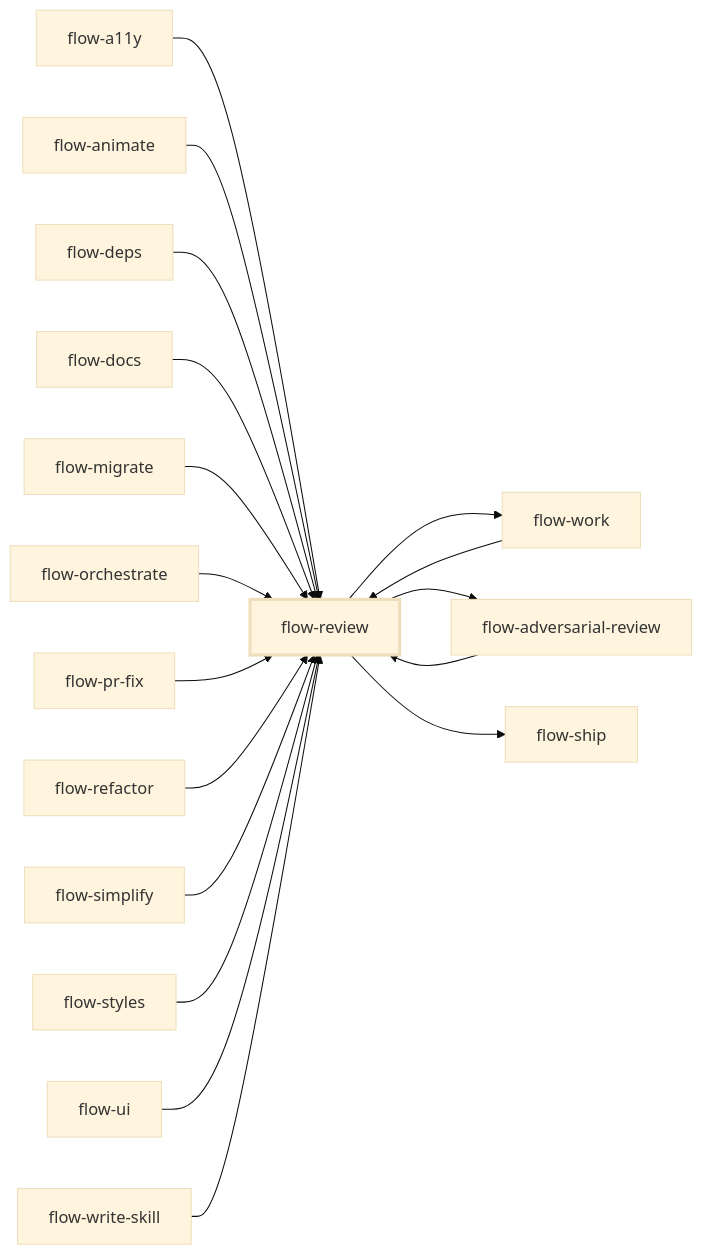
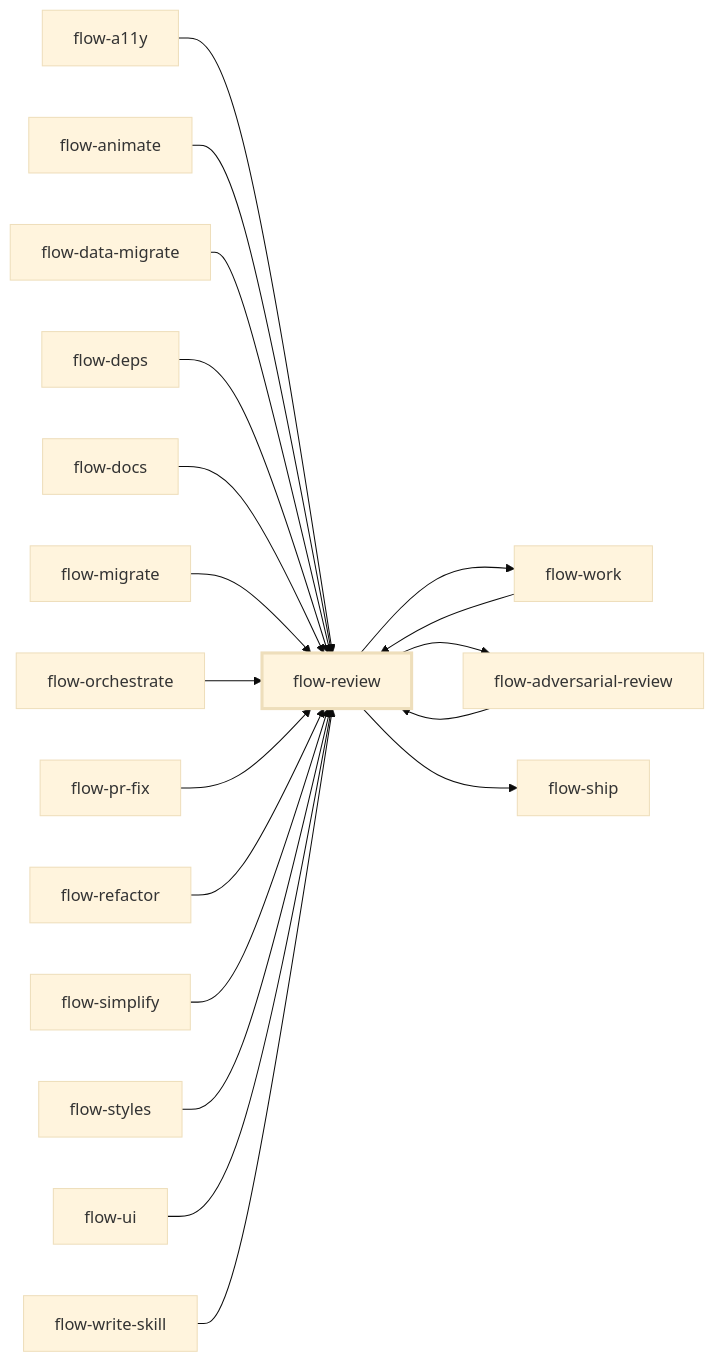
One commit to emiliodominguez/flow-skills changed the diagram in docs/skills/flow-review.md. Above: the diagram before and after it, drawn with Mermaid (base theme). The commit also changed 13 other files, not shown here.

````diff
--- a/docs/skills/flow-review.md
+++ b/docs/skills/flow-review.md
@@ -9,38 +9,40 @@
 ```mermaid
 flowchart LR
   flow_review["flow-review"]
   flow_a11y["flow-a11y"]
   flow_adversarial_review["flow-adversarial-review"]
   flow_animate["flow-animate"]
+  flow_data_migrate["flow-data-migrate"]
   flow_deps["flow-deps"]
   flow_docs["flow-docs"]
   flow_migrate["flow-migrate"]
   flow_orchestrate["flow-orchestrate"]
   flow_pr_fix["flow-pr-fix"]
   flow_refactor["flow-refactor"]
   flow_simplify["flow-simplify"]
   flow_styles["flow-styles"]
   flow_ui["flow-ui"]
   flow_work["flow-work"]
   flow_write_skill["flow-write-skill"]
   flow_ship["flow-ship"]
   flow_a11y --> flow_review
   flow_adversarial_review --> flow_review
   flow_animate --> flow_review
+  flow_data_migrate --> flow_review
   flow_deps --> flow_review
   flow_docs --> flow_review
   flow_migrate --> flow_review
   flow_orchestrate --> flow_review
   flow_pr_fix --> flow_review
   flow_refactor --> flow_review
   flow_simplify --> flow_review
   flow_styles --> flow_review
   flow_ui --> flow_review
   flow_work --> flow_review
   flow_write_skill --> flow_review
   flow_review --> flow_work
   flow_review --> flow_adversarial_review
   flow_review --> flow_ship
   classDef focus stroke-width:3px
   class flow_review focus
 ```
````
